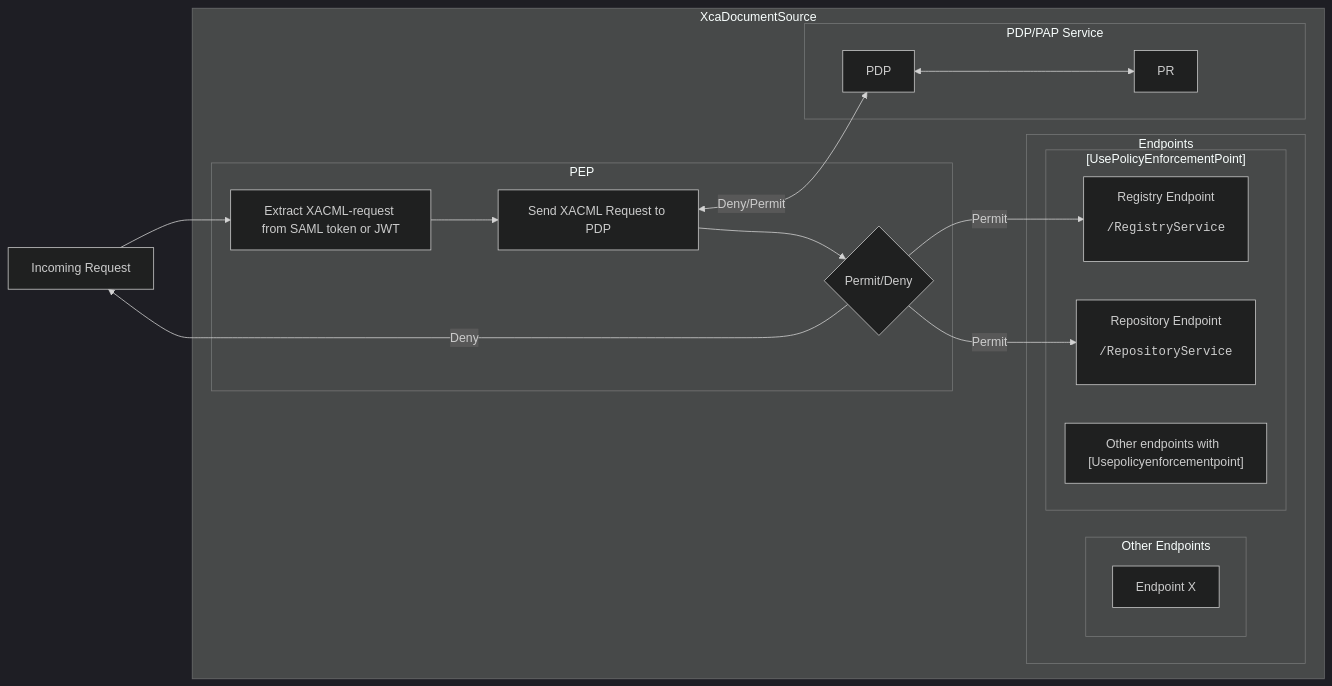
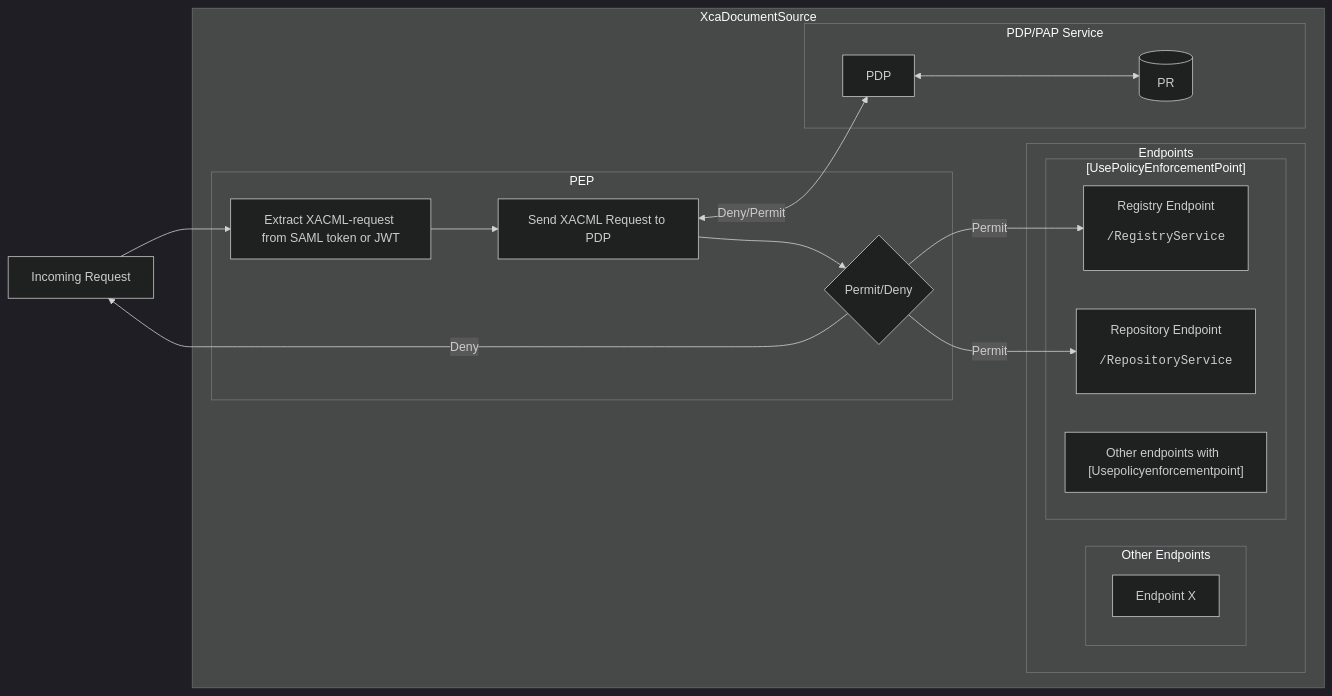
One commit to timmo-nhn/XcaDocumentSource changed the second of 2 diagrams in Docs/AccessControl.md. Above: the diagram before and after it, drawn with Mermaid. The commit also changed other lines of this file and 153 other files, not shown here.

````diff
--- a/Docs/AccessControl.md
+++ b/Docs/AccessControl.md
@@ -66,47 +66,47 @@
 ```mermaid
 %%{init: {'theme':'dark'}}%%
 
 flowchart LR
 
 incomingrequest[Incoming Request]
 
 
 subgraph "XcaDocumentSource"
     subgraph "PEP"
         xtract[Extract XACML-request from SAML token or JWT]
         sendpeprequest[Send XACML Request to PDP]
         permitdeny{Permit/Deny}
     end
     
     subgraph "Endpoints"
         subgraph "Other Endpoints"
             epx[Endpoint X]
         end
         subgraph "[UsePolicyEnforcementPoint]"
             regep[Registry Endpoint<br><pre>/RegistryService]
             repep[Repository Endpoint<br><pre>/RepositoryService]
             othr["Other endpoints with  [Usepolicyenforcementpoint]"]
 
         end
     end
     subgraph "PDP/PAP Service"
         pdp[PDP] 
-        pr[PR]
+        pr[(&emsp;PR&emsp;)]
     end
 
 end
 
 incomingrequest--> xtract -->
 
 
 
 sendpeprequest <--Deny/Permit--> pdp
 
 pdp <--> pr
 
 sendpeprequest-->permitdeny
 permitdeny --Deny--> incomingrequest
 permitdeny --Permit-->regep
 permitdeny --Permit-->repep
 
 ```
````
